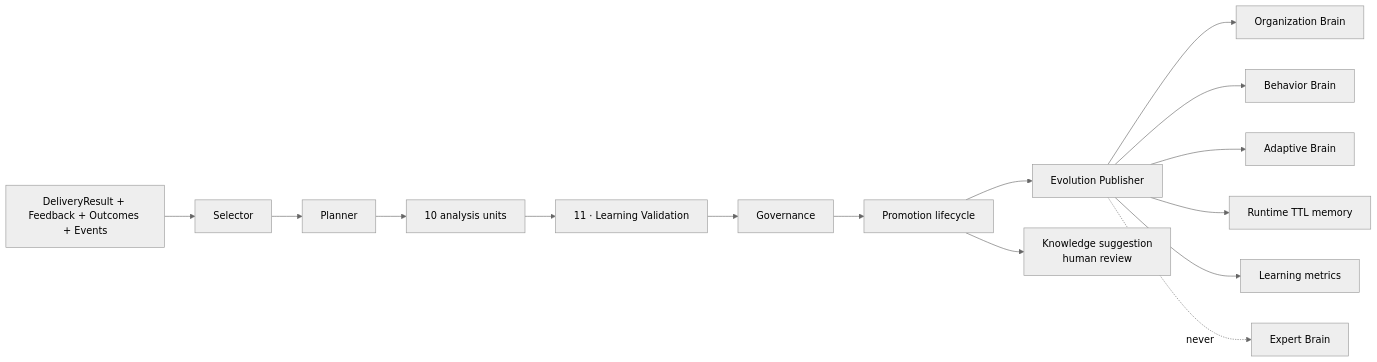
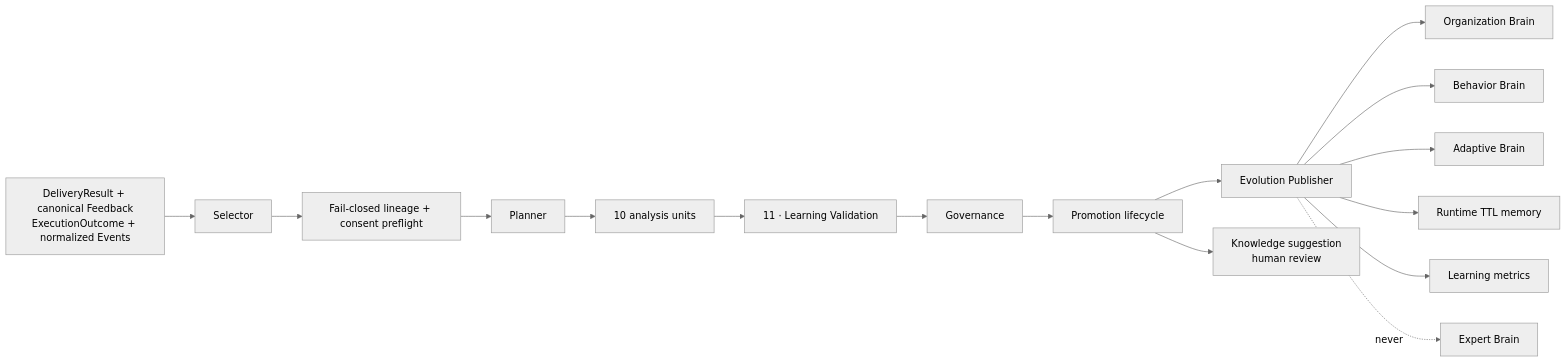
One commit to themoronss/genios-brain changed the diagram in System Design/Layer-6-Learning-and-Evolution/00-Overview.md. Above: the diagram before and after it, drawn with Mermaid (neutral theme). The commit also changed other lines of this file and 2057 other files, not shown here.

````diff
--- a/System Design/Layer-6-Learning-and-Evolution/00-Overview.md
+++ b/System Design/Layer-6-Learning-and-Evolution/00-Overview.md
@@ -8,17 +8,18 @@
 ```mermaid
 flowchart LR
-    I["DeliveryResult + Feedback + Outcomes + Events"] --> S["Selector"]
-    S --> P["Planner"]
+    I["DeliveryResult + canonical Feedback<br/>ExecutionOutcome + normalized Events"] --> S["Selector"]
+    S --> PF["Fail-closed lineage + consent preflight"]
+    PF --> P["Planner"]
     P --> U["10 analysis units"]
     U --> V["11 · Learning Validation"]
     V --> G["Governance"]
     G --> LC["Promotion lifecycle"]
     LC --> PUB["Evolution Publisher"]
     PUB --> O["Organization Brain"]
     PUB --> B["Behavior Brain"]
     PUB --> A["Adaptive Brain"]
     PUB --> R["Runtime TTL memory"]
     PUB --> M["Learning metrics"]
     LC --> K["Knowledge suggestion<br/>human review"]
     PUB -. "never" .-> E["Expert Brain"]
 ```
````
